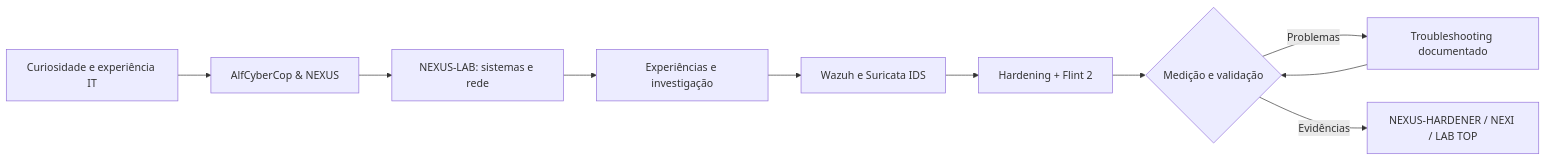
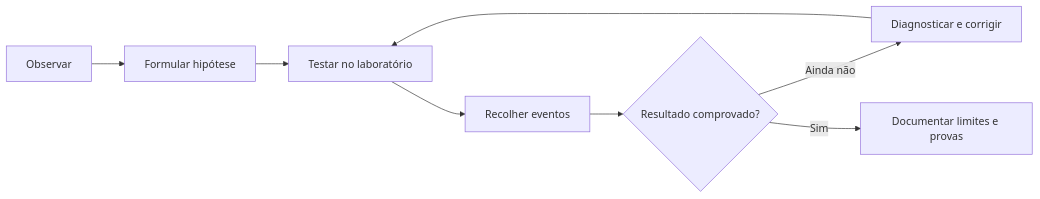
The diagram in README.md (AlfCyberCop/ALFCYBERCOP-ECOSYSTEM), drawn with Mermaid before and after one commit. The commit also changed other lines of this file and 5 other files, not shown here.

````diff
--- a/README.md
+++ b/README.md
@@ -26,12 +52,10 @@
 ```mermaid
 flowchart LR
-    A[Curiosidade e experiência IT] --> B[AlfCyberCop & NEXUS]
-    B --> C[NEXUS-LAB: sistemas e rede]
-    C --> D[Experiências e investigação]
-    D --> E[Wazuh e Suricata IDS]
-    E --> F[Hardening + Flint 2]
-    F --> G{Medição e validação}
-    G -->|Problemas| H[Troubleshooting documentado]
-    H --> G
-    G -->|Evidências| I[NEXUS-HARDENER / NEXI / LAB TOP]
+    A[Observar] --> B[Formular hipótese]
+    B --> C[Testar no laboratório]
+    C --> D[Recolher eventos]
+    D --> E{Resultado comprovado?}
+    E -->|Ainda não| F[Diagnosticar e corrigir]
+    F --> C
+    E -->|Sim| G[Documentar limites e provas]
 ```
````
